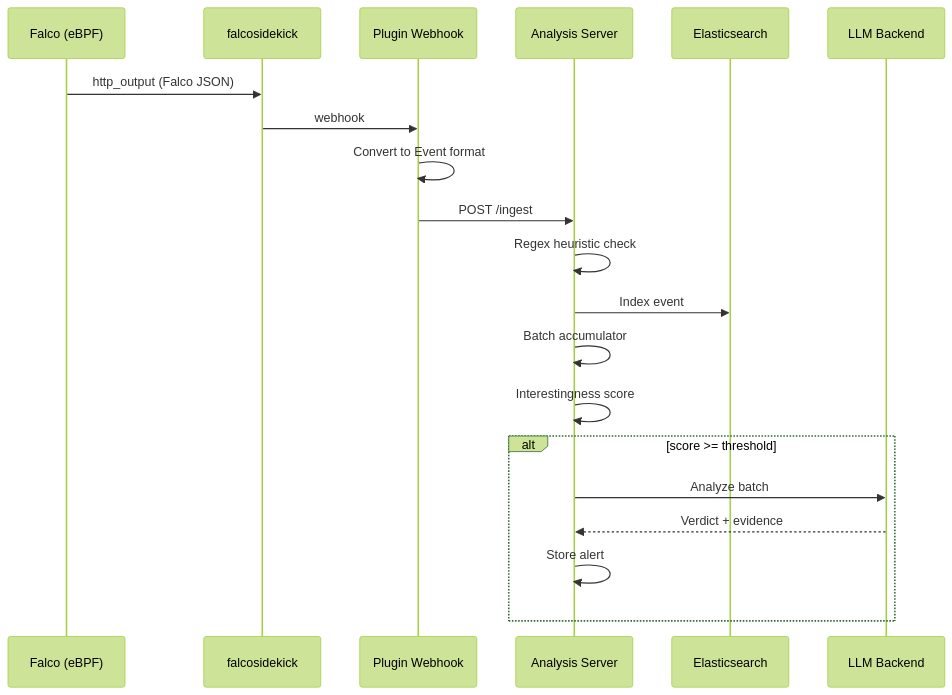
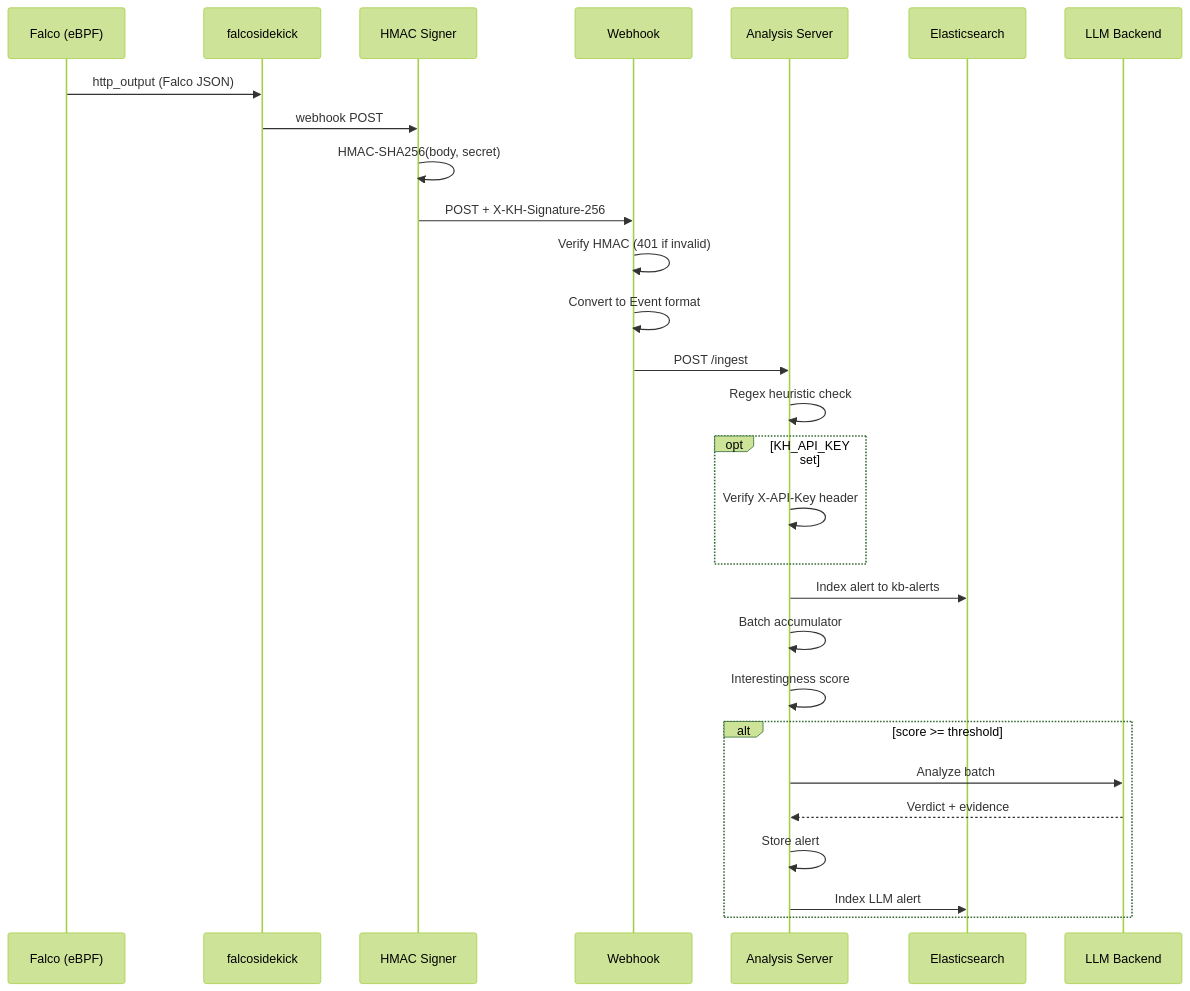
The third of 3 diagrams in README.md (fr4nsyz/KernelHarbor), drawn with Mermaid (forest theme) before and after one commit. The commit also changed other lines of this file and 1 other file, not shown here.

Commit message:
final readmes for both plugin and main

````diff
--- a/README.md
+++ b/README.md
@@ -74,23 +81,31 @@
 ```mermaid
 sequenceDiagram
     participant F as Falco (eBPF)
     participant FS2 as falcosidekick
-    participant K as Plugin Webhook
+    participant SG as HMAC Signer
+    participant WH as Webhook
     participant S as Analysis Server
     participant ES as Elasticsearch
     participant LLM as LLM Backend
 
     F->>FS2: http_output (Falco JSON)
-    FS2->>K: webhook
-    K->>K: Convert to Event format
-    K->>S: POST /ingest
+    FS2->>SG: webhook POST
+    SG->>SG: HMAC-SHA256(body, secret)
+    SG->>WH: POST + X-KH-Signature-256
+    WH->>WH: Verify HMAC (401 if invalid)
+    WH->>WH: Convert to Event format
+    WH->>S: POST /ingest
     S->>S: Regex heuristic check
-    S->>ES: Index event
+    opt KH_API_KEY set
+        S->>S: Verify X-API-Key header
+    end
+    S->>ES: Index alert to kb-alerts
     S->>S: Batch accumulator
     S->>S: Interestingness score
     alt score >= threshold
         S->>LLM: Analyze batch
         LLM-->>S: Verdict + evidence
         S->>S: Store alert
+        S->>ES: Index LLM alert
     end
 ```
````
